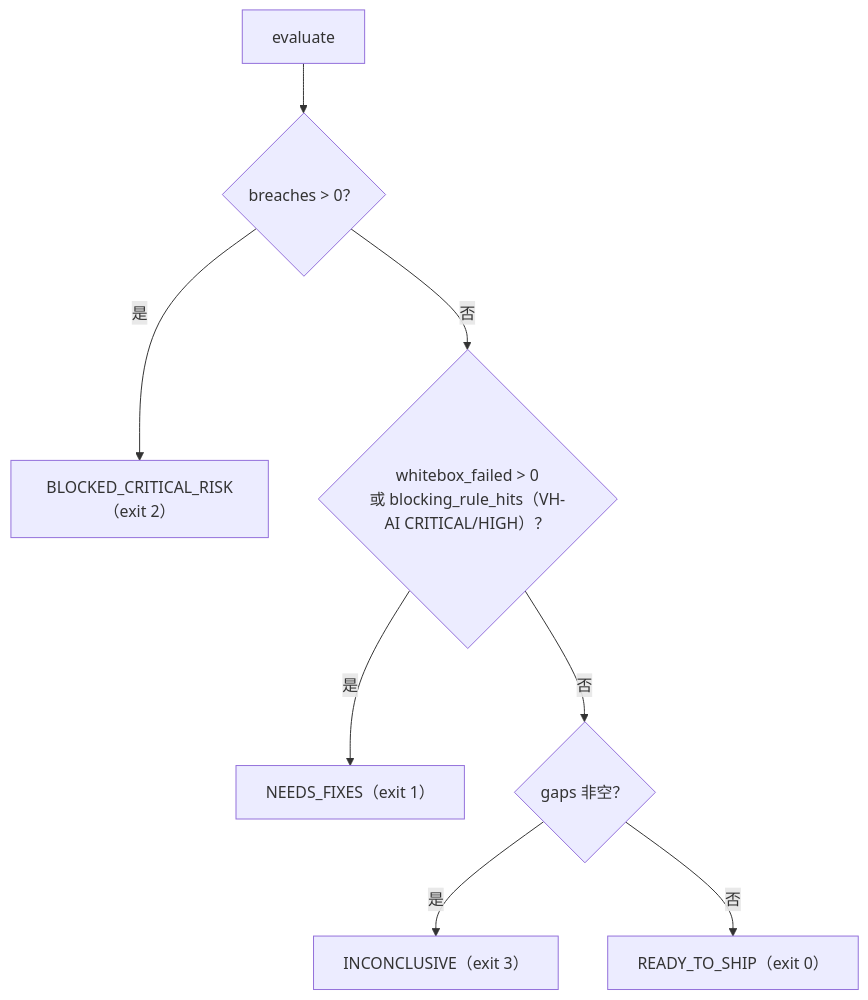
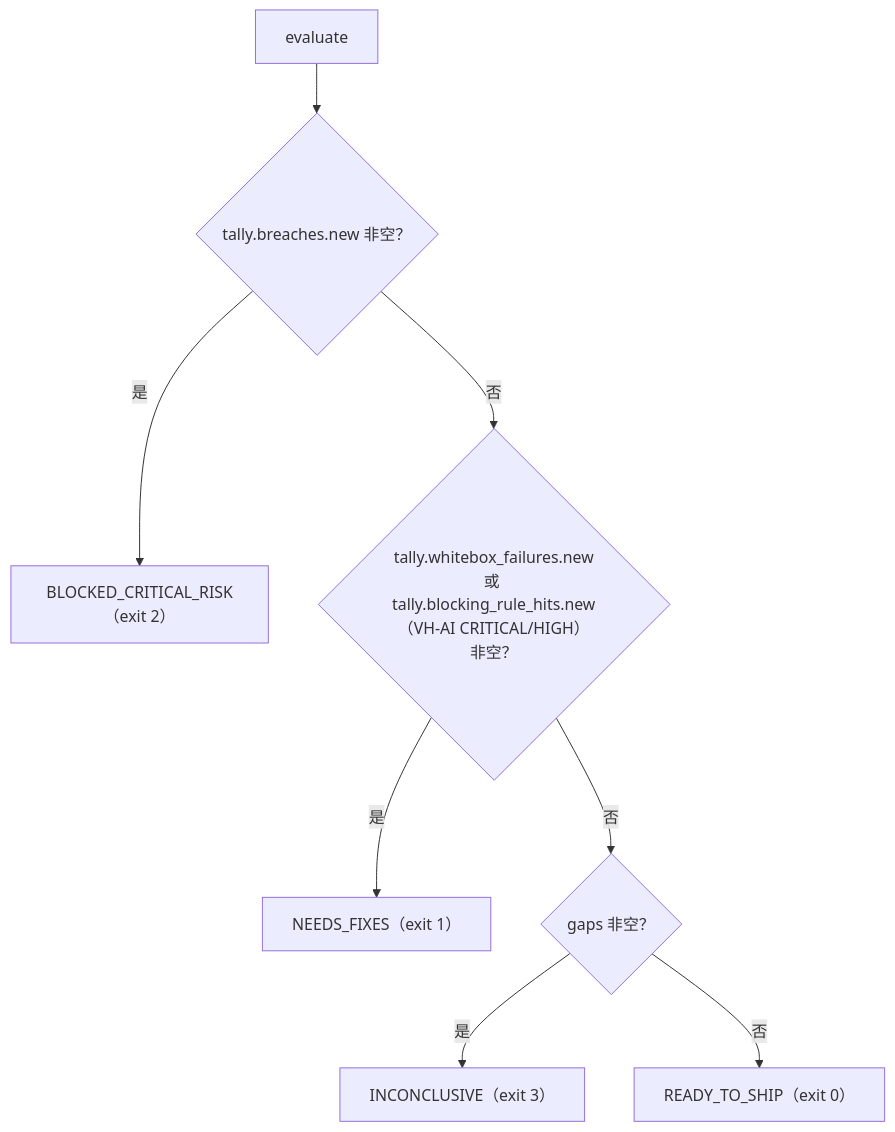
The third of 3 diagrams in docs/design.md (chinchiang/MultiAgentGama), drawn with Mermaid before and after one commit. The commit also changed other lines of this file and 1 other file, not shown here.

First line of the commit message:
docs: the design documents describe the Evidence tally; re-cite to a075784

````diff
--- a/docs/design.md
+++ b/docs/design.md
@@ -584,10 +585,10 @@
 ```mermaid
 flowchart TD
-    S["evaluate"] --> B{"breaches > 0？"}
+    S["evaluate"] --> B{"tally.breaches.new 非空？"}
     B -- 是 --> BLK["BLOCKED_CRITICAL_RISK（exit 2）"]
-    B -- 否 --> N{"whitebox_failed > 0<br/>或 blocking_rule_hits（VH-AI CRITICAL/HIGH）？"}
+    B -- 否 --> N{"tally.whitebox_failures.new<br/>或 tally.blocking_rule_hits.new（VH-AI CRITICAL/HIGH）非空？"}
     N -- 是 --> NF["NEEDS_FIXES（exit 1）"]
     N -- 否 --> I{"gaps 非空？"}
     I -- 是 --> INC["INCONCLUSIVE（exit 3）"]
     I -- 否 --> R["READY_TO_SHIP（exit 0）"]
 ```
````
